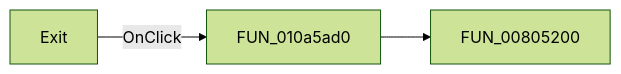
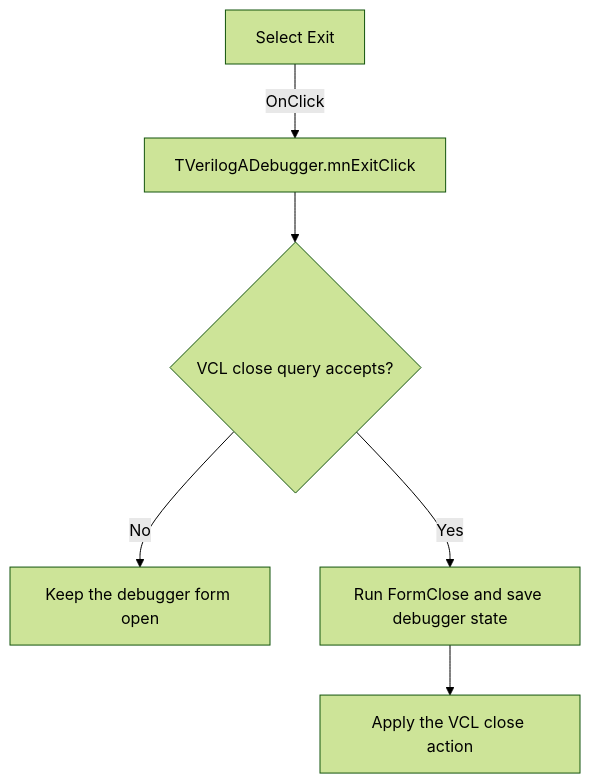
The diagram in docs/ui-controls/verilogadebugger/mnexit-46c7a955f0.md (MovGP0/TIARA), drawn with Mermaid (forest theme) before and after one commit. The commit also changed other lines of this file and 1062 other files, not shown here.

````diff
--- a/docs/ui-controls/verilogadebugger/mnexit-46c7a955f0.md
+++ b/docs/ui-controls/verilogadebugger/mnexit-46c7a955f0.md
@@ -27,5 +29,8 @@
 ```mermaid
-flowchart LR
-    control["Exit"] -->|OnClick| handler["FUN_010a5ad0"]
-    handler --> call1["FUN_00805200"]
+flowchart TD
+    control["Select Exit"] -->|"OnClick"| handler["TVerilogADebugger.mnExitClick"]
+    handler --> closeQuery{"VCL close query accepts?"}
+    closeQuery -->|"No"| remain["Keep the debugger form open"]
+    closeQuery -->|"Yes"| save["Run FormClose and save debugger state"]
+    save --> action["Apply the VCL close action"]
 ```
````
